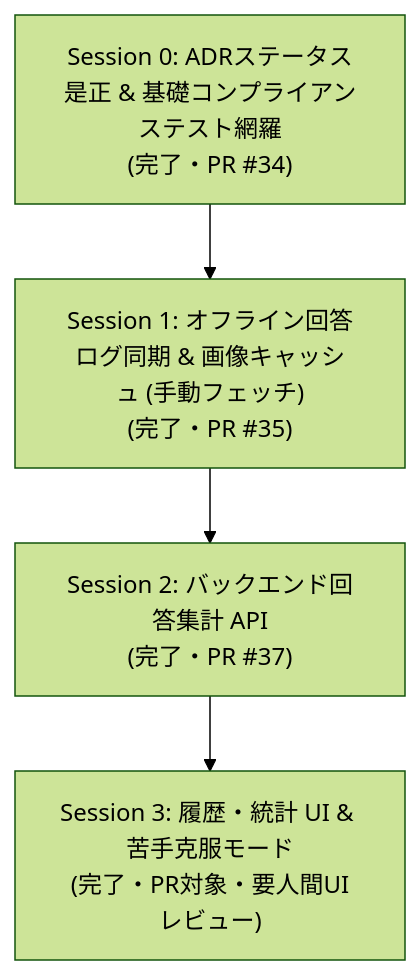
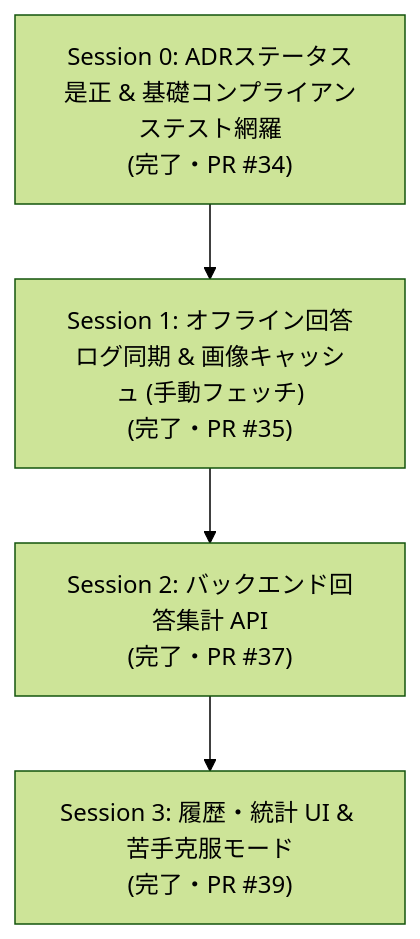
The diagram in docs/notes/13_adr_gap_resolution_and_session_roadmap.md (AobaIwaki123/penlight-v2), drawn with Mermaid (forest theme) before and after one commit. The commit also changed other lines of this file, not shown here.

Commit message:
docs(notes): finalize note 13 roadmap with all sessions completed (PR #39)

````diff
--- a/docs/notes/13_adr_gap_resolution_and_session_roadmap.md
+++ b/docs/notes/13_adr_gap_resolution_and_session_roadmap.md
@@ -29,9 +29,9 @@
 ```mermaid
 flowchart TD
     S0["Session 0: ADRステータス是正 & 基礎コンプライアンステスト網羅<br/>(完了・PR #34)"]
     S1["Session 1: オフライン回答ログ同期 & 画像キャッシュ (手動フェッチ)<br/>(完了・PR #35)"]
     S2["Session 2: バックエンド回答集計 API<br/>(完了・PR #37)"]
-    S3["Session 3: 履歴・統計 UI & 苦手克服モード<br/>(完了・PR対象・要人間UIレビュー)"]
+    S3["Session 3: 履歴・統計 UI & 苦手克服モード<br/>(完了・PR #39)"]
 
     S0 --> S1 --> S2 --> S3
 ```
````
